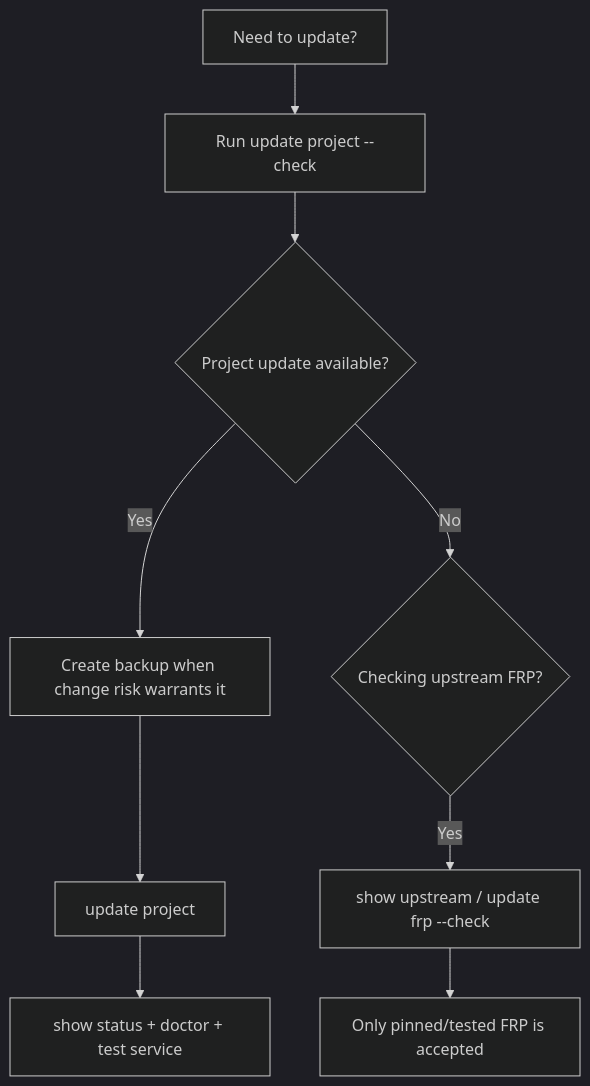
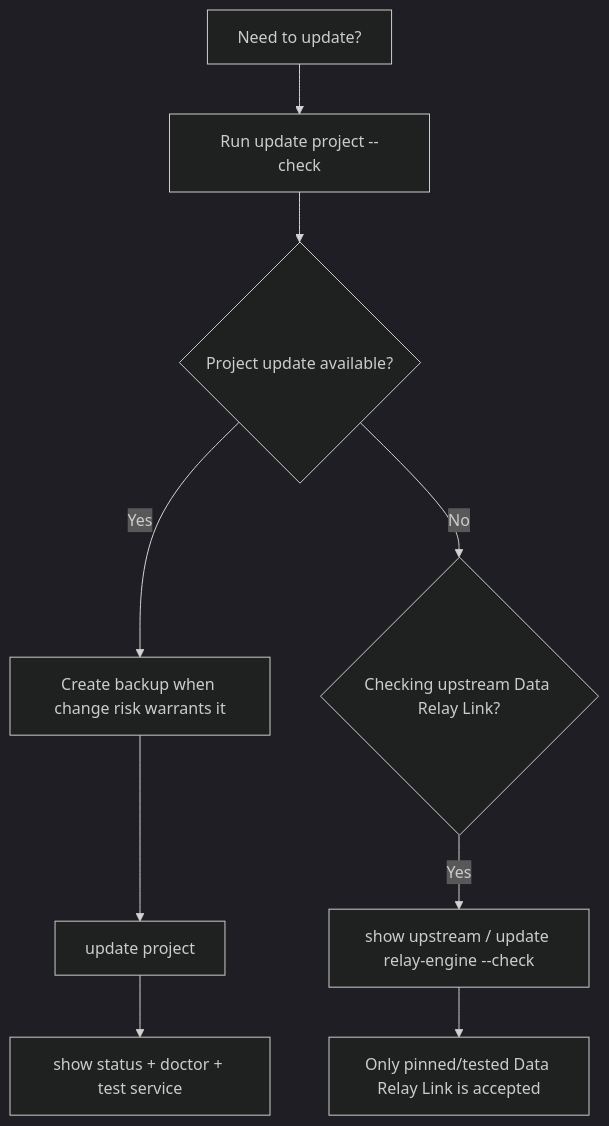
The first of 3 diagrams in operations/updates.mdx (datarelay-labs/data-relay-link-docs), drawn with Mermaid (dark theme) before and after one commit. The commit also changed other lines of this file and 36 other files, not shown here.

````diff
--- a/operations/updates.mdx
+++ b/operations/updates.mdx
@@ -12,11 +12,11 @@
 ```mermaid
 flowchart TD
     A[Need to update?] --> B[Run update project --check]
     B --> C{Project update available?}
     C -->|Yes| D[Create backup when change risk warrants it]
     D --> E[update project]
     E --> F[show status + doctor + test service]
-    C -->|No| G{Checking upstream FRP?}
-    G -->|Yes| H[show upstream / update frp --check]
-    H --> I[Only pinned/tested FRP is accepted]
+    C -->|No| G{Checking upstream Data Relay Link?}
+    G -->|Yes| H[show upstream / update relay-engine --check]
+    H --> I[Only pinned/tested Data Relay Link is accepted]
 ```
````
